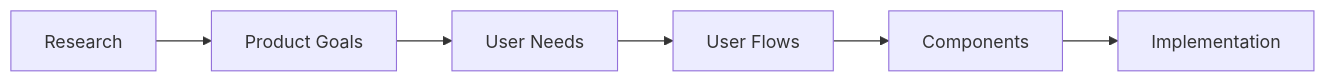
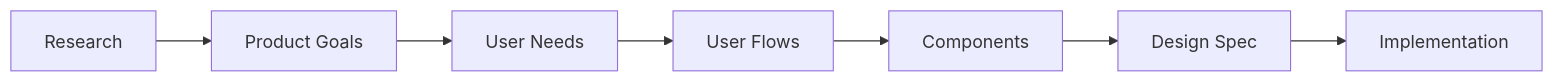
Before and after one commit to SeanningTatum/mise-en-place-2: the first of 11 diagrams in .cursor/skills/ux-product-thinking/SKILL.md, drawn with Mermaid. The commit also changed other lines of this file and 11 other files, not shown here.

````diff
--- a/.cursor/skills/ux-product-thinking/SKILL.md
+++ b/.cursor/skills/ux-product-thinking/SKILL.md
@@ -22,8 +31,9 @@
 ```mermaid
 flowchart LR
     R[Research] --> G[Product Goals]
     G --> U[User Needs]
     U --> F[User Flows]
     F --> C[Components]
-    C --> I[Implementation]
+    C --> D[Design Spec]
+    D --> I[Implementation]
 ```
````
